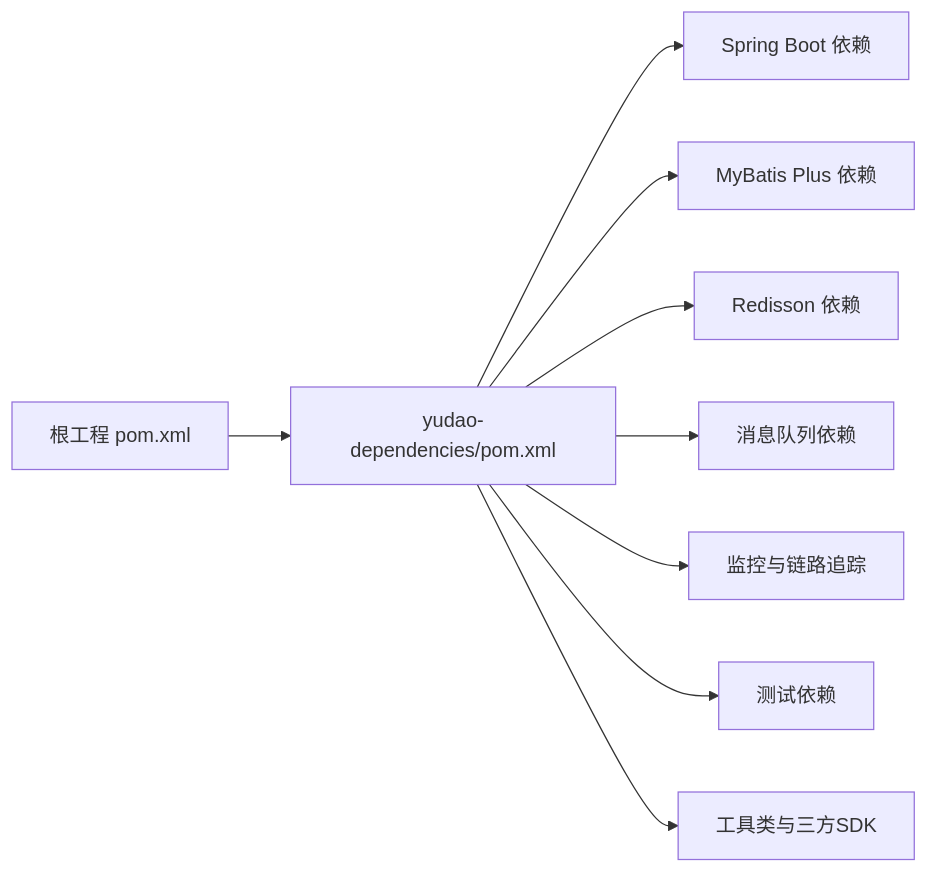
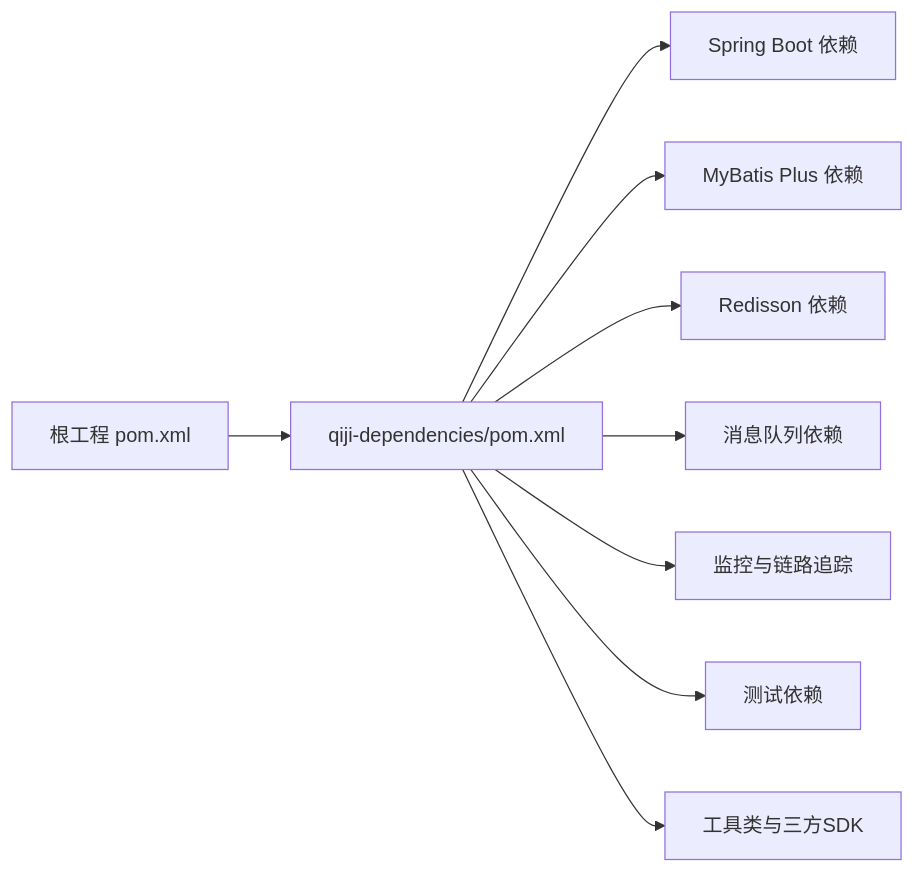
One commit to zhuangpengLI/AgenticCPS changed the fifth of 5 diagrams in backend/.qoder/repowiki/zh/content/开发指南/开发指南.md. Above: the diagram before and after it, drawn with Mermaid. The commit also changed other lines of this file and 3489 other files, not shown here.

````diff
--- a/backend/.qoder/repowiki/zh/content/开发指南/开发指南.md
+++ b/backend/.qoder/repowiki/zh/content/开发指南/开发指南.md
@@ -315,11 +315,11 @@
 ```mermaid
 graph LR
-POM["根工程 pom.xml"] --> Deps["yudao-dependencies/pom.xml"]
+POM["根工程 pom.xml"] --> Deps["qiji-dependencies/pom.xml"]
 Deps --> SB["Spring Boot 依赖"]
 Deps --> MB["MyBatis Plus 依赖"]
 Deps --> RS["Redisson 依赖"]
 Deps --> MQ["消息队列依赖"]
 Deps --> MON["监控与链路追踪"]
 Deps --> TEST["测试依赖"]
 Deps --> UTIL["工具类与三方SDK"]
 ```
````
